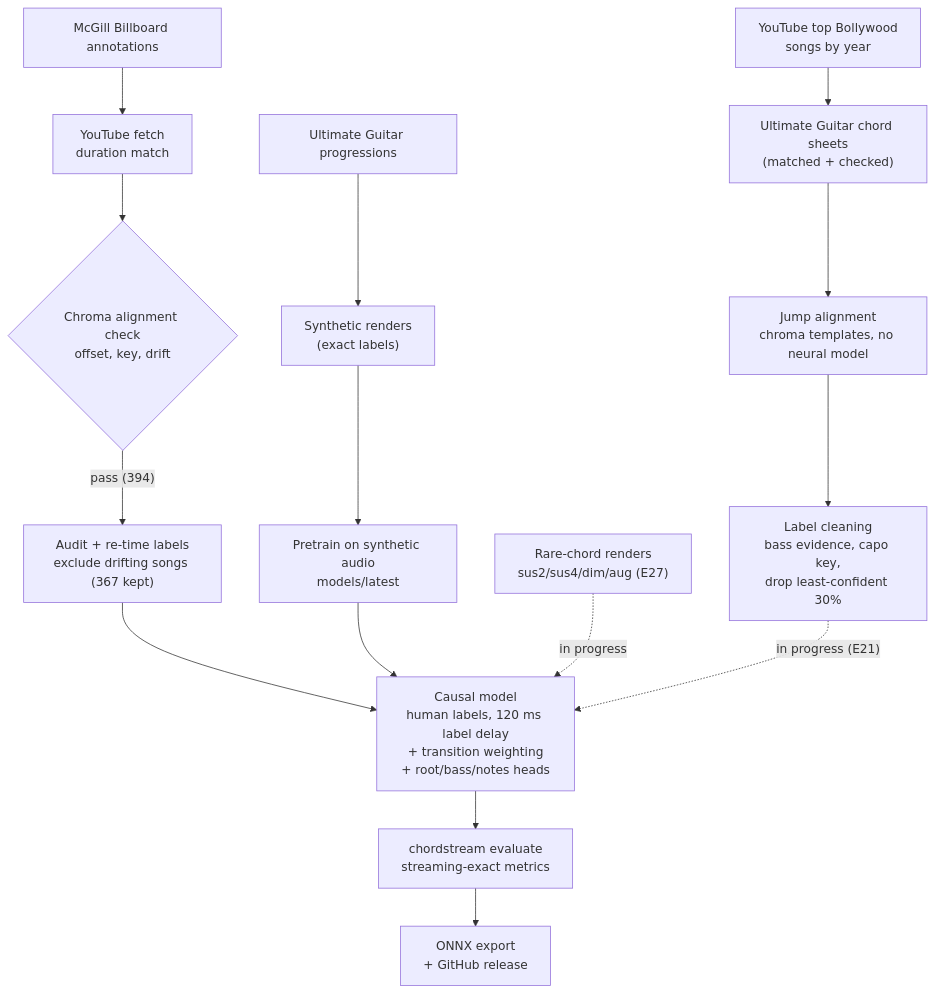
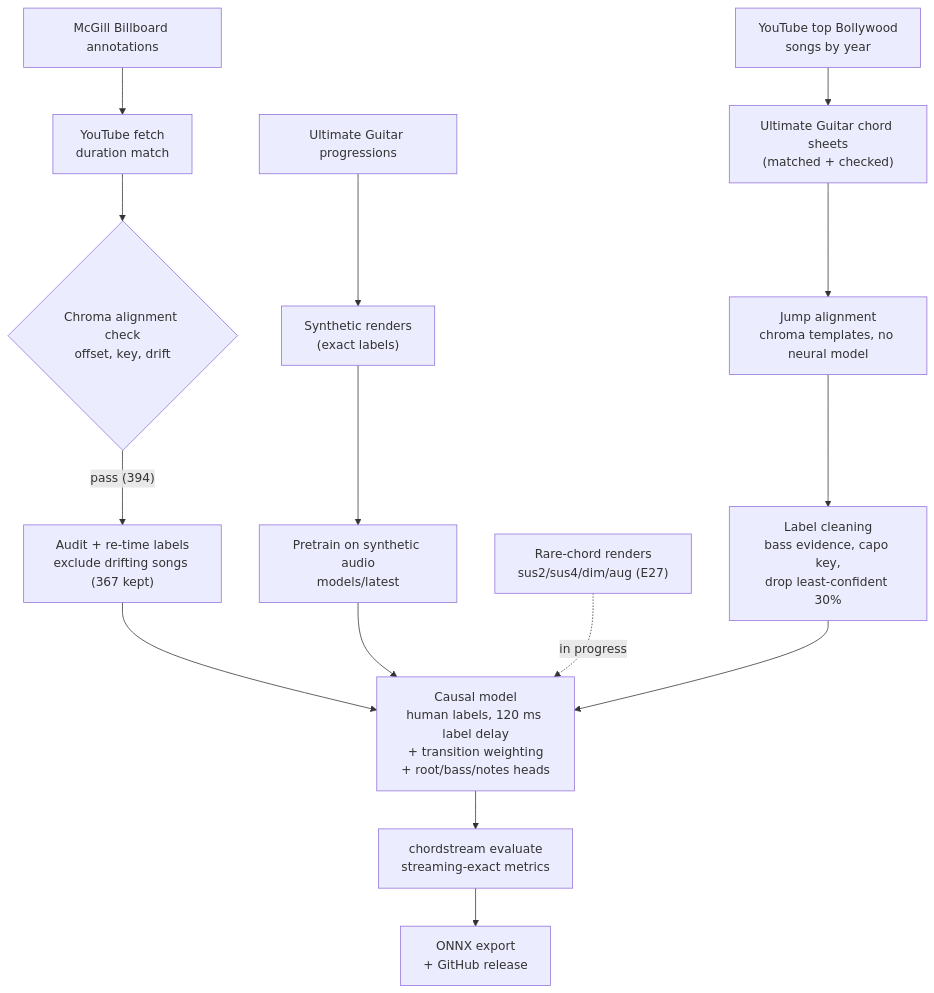
The fourth of 4 diagrams in README.md (helloparthshah/chordstream), drawn with Mermaid before and after one commit. The commit also changed other lines of this file and 3 other files, not shown here.

````diff
--- a/README.md
+++ b/README.md
@@ -81,17 +82,17 @@
 ```mermaid
 flowchart TB
     UG["Ultimate Guitar progressions"] --> SYN["Synthetic renders<br/>(exact labels)"]
     SYN --> PRE["Pretrain on synthetic audio<br/>models/latest"]
     BB["McGill Billboard annotations"] --> FETCH["YouTube fetch<br/>duration match"]
     FETCH --> ALIGN{"Chroma alignment check<br/>offset, key, drift"}
     ALIGN -- "pass (394)" --> AUD["Audit + re-time labels<br/>exclude drifting songs (367 kept)"]
     AUD --> STU["Causal model<br/>human labels, 120 ms label delay<br/>+ transition weighting<br/>+ root/bass/notes heads"]
     PRE --> STU
     RARE["Rare-chord renders<br/>sus2/sus4/dim/aug (E27)"] -. in progress .-> STU
     YT["YouTube top Bollywood<br/>songs by year"] --> SHEETS["Ultimate Guitar chord sheets<br/>(matched + checked)"]
     SHEETS --> JA["Jump alignment<br/>chroma templates, no neural model"]
     JA --> CLEAN["Label cleaning<br/>bass evidence, capo key,<br/>drop least-confident 30%"]
-    CLEAN -. "in progress (E21)" .-> STU
+    CLEAN --> STU
     STU --> EVAL["chordstream evaluate<br/>streaming-exact metrics"]
     EVAL --> EXP["ONNX export<br/>+ GitHub release"]
 ```
````
